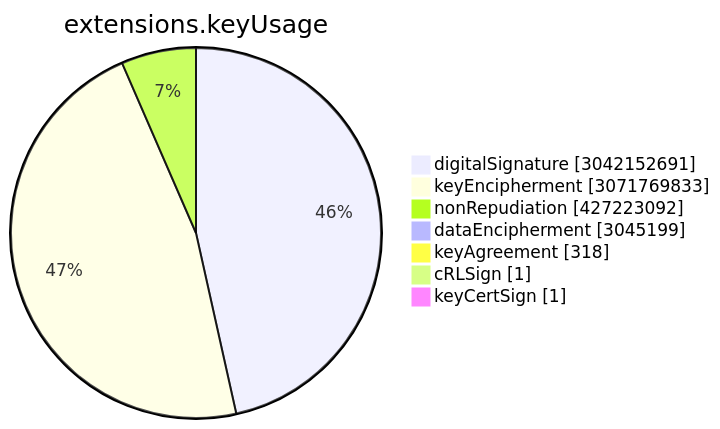
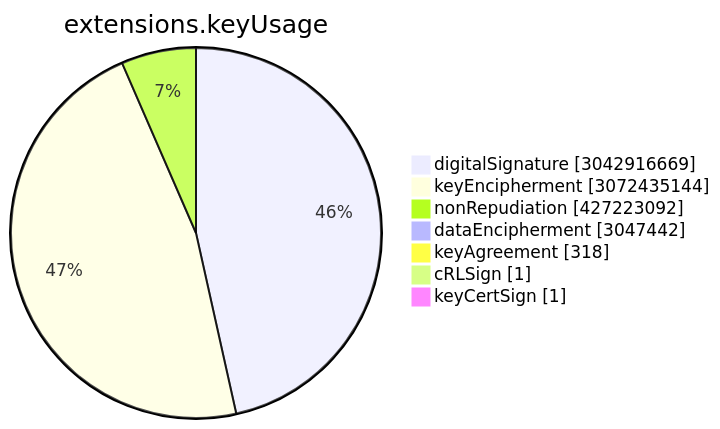
The sixth of 15 diagrams in TOTAL/README.md (christiankrug/ctmonitor_visualization), drawn with Mermaid before and after one commit. The commit also changed other lines of this file, not shown here.

````diff
--- a/TOTAL/README.md
+++ b/TOTAL/README.md
@@ -3075,11 +3075,11 @@
 ```mermaid
 pie showData
 title extensions.keyUsage
-"digitalSignature" :3042152691
-"keyEncipherment" :3071769833
+"digitalSignature" :3042916669
+"keyEncipherment" :3072435144
 "nonRepudiation" :427223092
-"dataEncipherment" :3045199
+"dataEncipherment" :3047442
 "keyAgreement" :318
 "cRLSign" :1
 "keyCertSign" :1
 ```
````
